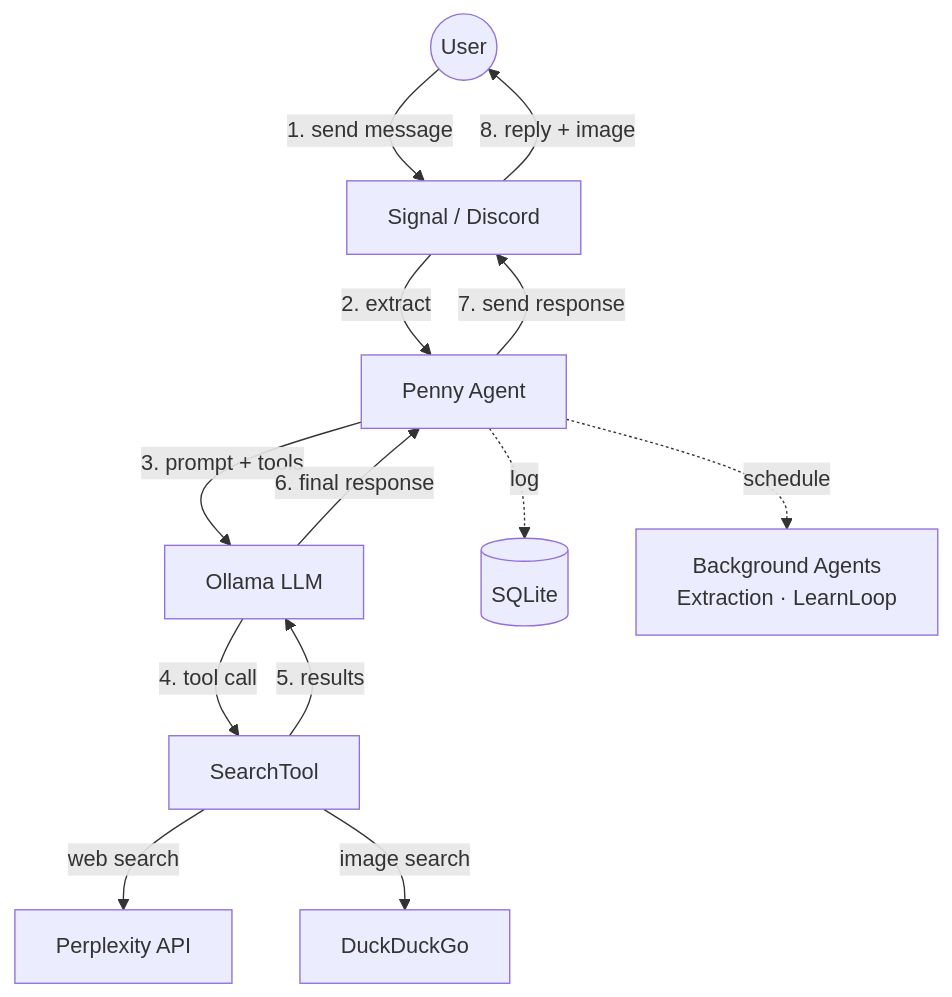
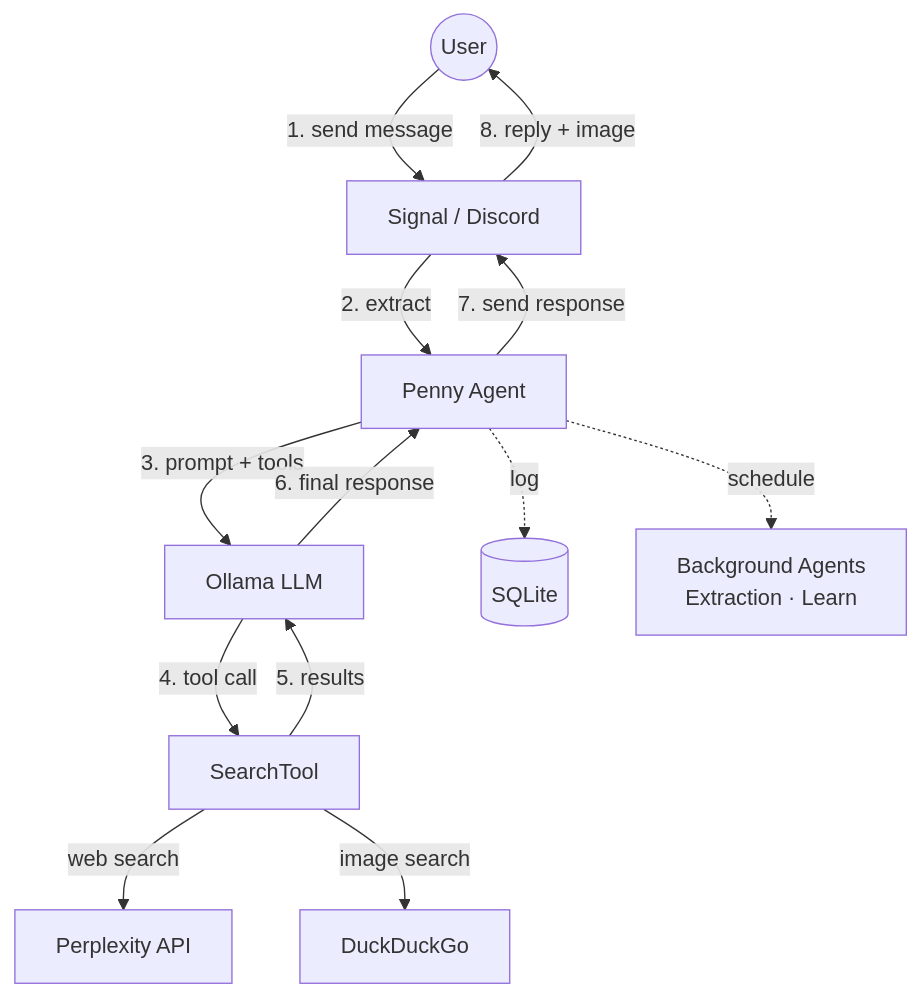
The diagram in README.md (jaredlockhart/penny), drawn with Mermaid before and after one commit. The commit also changed other lines of this file and 15 other files, not shown here.

````diff
--- a/README.md
+++ b/README.md
@@ -32,16 +32,16 @@
 ```mermaid
 flowchart TD
     User((User)) -->|"1. send message"| Channel[Signal / Discord]
     Channel -->|"2. extract"| Penny[Penny Agent]
     Penny -->|"3. prompt + tools"| Ollama[Ollama LLM]
     Ollama -->|"4. tool call"| Search[SearchTool]
     Search -->|"web search"| Perplexity[Perplexity API]
     Search -->|"image search"| DDG[DuckDuckGo]
     Search -->|"5. results"| Ollama
     Ollama -->|"6. final response"| Penny
     Penny -->|"7. send response"| Channel
     Channel -->|"8. reply + image"| User
 
     Penny -.->|"log"| DB[(SQLite)]
-    Penny -.->|"schedule"| BG["Background Agents\nExtraction · LearnLoop"]
+    Penny -.->|"schedule"| BG["Background Agents\nExtraction · Learn"]
 ```
````
